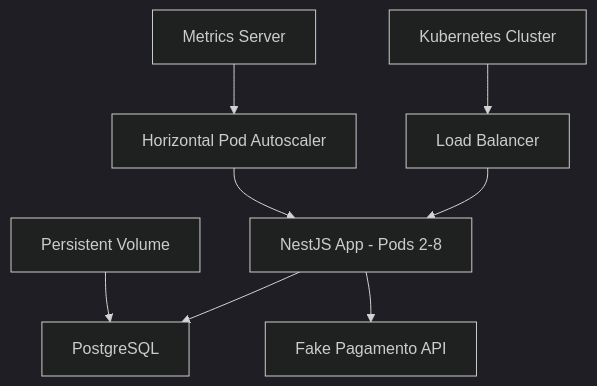
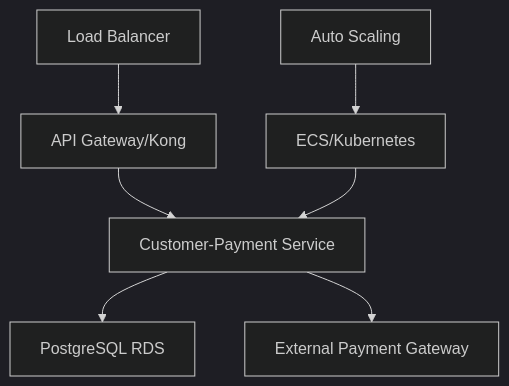
Before and after one commit to FIAP-Tech-Challange/microservice-customer-payment: the diagram in README.md, drawn with Mermaid (dark theme). The commit also changed other lines of this file, not shown here.

````diff
--- a/README.md
+++ b/README.md
@@ -36,10 +49,9 @@
 ```mermaid
 graph TD
-    A[Load Balancer] --> B[NestJS App - Pods 2-8]
-    B --> C[PostgreSQL]
-    B --> D[Fake Pagamento API]
-    E[Horizontal Pod Autoscaler] --> B
-    F[Metrics Server] --> E
-    G[Kubernetes Cluster] --> A
-    H[Persistent Volume] --> C
+    A[API Gateway/Kong] --> B[Customer-Payment Service]
+    B --> C[PostgreSQL RDS]
+    B --> D[External Payment Gateway]
+    E[ECS/Kubernetes] --> B
+    F[Auto Scaling] --> E
+    G[Load Balancer] --> A
 ```
````
